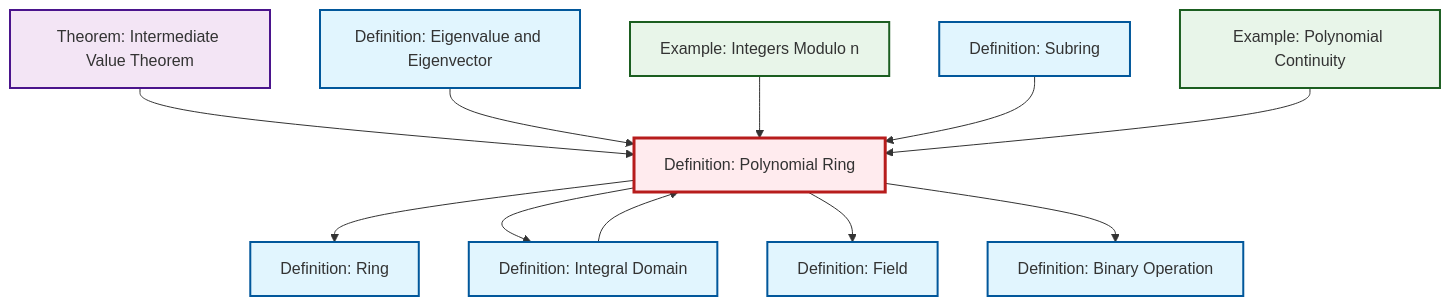
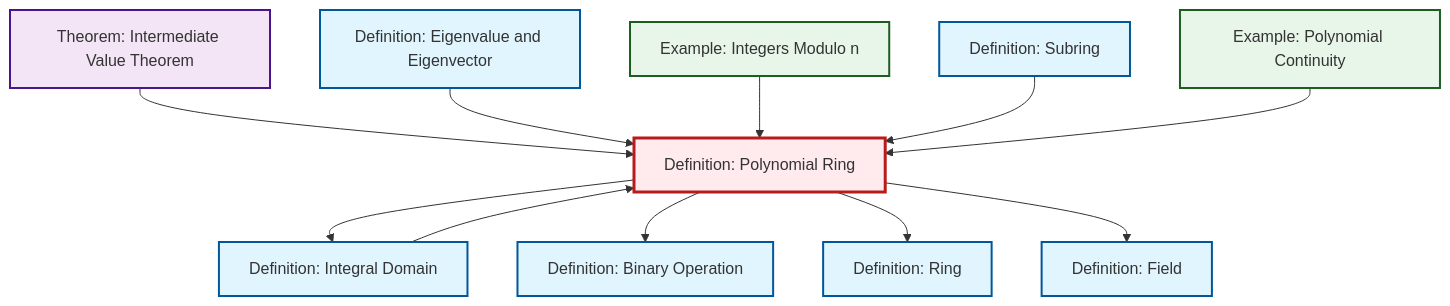
Before and after one commit to RK0429/ModernMath: the diagram in content/en/algebra/def-polynomial-ring.qmd, drawn with Mermaid. The commit also changed other lines of this file and 672 other files, not shown here.

````diff
--- a/content/en/algebra/def-polynomial-ring.qmd
+++ b/content/en/algebra/def-polynomial-ring.qmd
@@ -94,39 +94,39 @@
 ```{mermaid}
 %%| fig-cap: "Local dependency graph"
 graph TD
     classDef definition fill:#e1f5fe,stroke:#01579b,stroke-width:2px
     classDef theorem fill:#f3e5f5,stroke:#4a148c,stroke-width:2px
     classDef axiom fill:#fff3e0,stroke:#e65100,stroke-width:2px
     classDef example fill:#e8f5e9,stroke:#1b5e20,stroke-width:2px
     classDef current fill:#ffebee,stroke:#b71c1c,stroke-width:3px
+    ex-polynomial-continuity["Example: Polynomial Continuity"]:::example
+    def-binary-operation["Definition: Binary Operation"]:::definition
+    def-eigenvalue-eigenvector["Definition: Eigenvalue and Eigenvector"]:::definition
+    def-integral-domain["Definition: Integral Domain"]:::definition
+    def-subring["Definition: Subring"]:::definition
+    ex-quotient-integers-mod-n["Example: Integers Modulo n"]:::example
+    def-polynomial-ring["Definition: Polynomial Ring"]:::definition
+    def-ring["Definition: Ring"]:::definition
+    thm-intermediate-value["Theorem: Intermediate Value Theorem"]:::theorem
     def-field["Definition: Field"]:::definition
-    def-ring["Definition: Ring"]:::definition
-    def-subring["Definition: Subring"]:::definition
-    def-binary-operation["Definition: Binary Operation"]:::definition
-    thm-intermediate-value["Theorem: Intermediate Value Theorem"]:::theorem
-    def-eigenvalue-eigenvector["Definition: Eigenvalue and Eigenvector"]:::definition
-    ex-polynomial-continuity["Example: Polynomial Continuity"]:::example
-    def-polynomial-ring["Definition: Polynomial Ring"]:::definition
-    def-integral-domain["Definition: Integral Domain"]:::definition
-    ex-quotient-integers-mod-n["Example: Integers Modulo n"]:::example
+    def-polynomial-ring --> def-integral-domain
     thm-intermediate-value --> def-polynomial-ring
+    def-polynomial-ring --> def-binary-operation
     def-eigenvalue-eigenvector --> def-polynomial-ring
+    def-integral-domain --> def-polynomial-ring
+    ex-quotient-integers-mod-n --> def-polynomial-ring
+    def-subring --> def-polynomial-ring
     def-polynomial-ring --> def-ring
-    ex-quotient-integers-mod-n --> def-polynomial-ring
-    def-integral-domain --> def-polynomial-ring
-    def-polynomial-ring --> def-integral-domain
-    def-subring --> def-polynomial-ring
+    ex-polynomial-continuity --> def-polynomial-ring
     def-polynomial-ring --> def-field
-    def-polynomial-ring --> def-binary-operation
-    ex-polynomial-continuity --> def-polynomial-ring
     class def-polynomial-ring current
+    click ex-polynomial-continuity "ex-polynomial-continuity.html" "Go to Polynomial Continuity example"
+    click def-binary-operation "def-binary-operation.html" "Go to Binary Operation definition"
+    click def-eigenvalue-eigenvector "def-eigenvalue-eigenvector.html" "Go to Eigenvalue and Eigenvector definition"
+    click def-integral-domain "def-integral-domain.html" "Go to Integral Domain definition"
+    click def-subring "def-subring.html" "Go to Subring definition"
+    click ex-quotient-integers-mod-n "ex-quotient-integers-mod-n.html" "Go to Integers Modulo n example"
+    click def-ring "def-ring.html" "Go to Ring definition"
+    click thm-intermediate-value "thm-intermediate-value.html" "Go to Intermediate Value Theorem theorem"
     click def-field "def-field.html" "Go to Field definition"
-    click def-ring "def-ring.html" "Go to Ring definition"
-    click def-subring "def-subring.html" "Go to Subring definition"
-    click def-binary-operation "def-binary-operation.html" "Go to Binary Operation definition"
-    click thm-intermediate-value "thm-intermediate-value.html" "Go to Intermediate Value Theorem theorem"
-    click def-eigenvalue-eigenvector "def-eigenvalue-eigenvector.html" "Go to Eigenvalue and Eigenvector definition"
-    click ex-polynomial-continuity "ex-polynomial-continuity.html" "Go to Polynomial Continuity example"
-    click def-integral-domain "def-integral-domain.html" "Go to Integral Domain definition"
-    click ex-quotient-integers-mod-n "ex-quotient-integers-mod-n.html" "Go to Integers Modulo n example"
 ```
````
